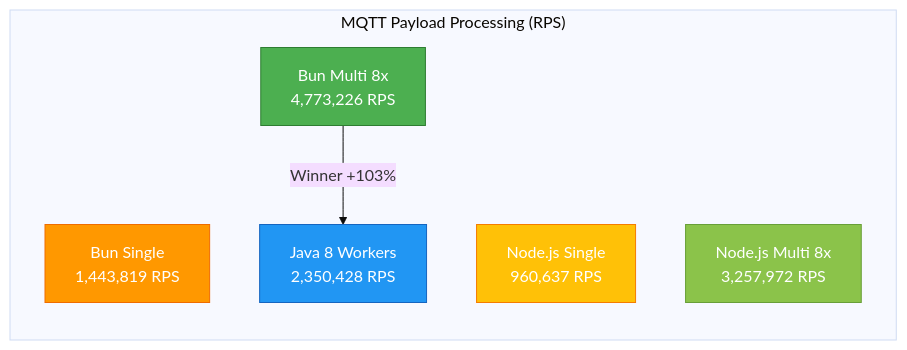
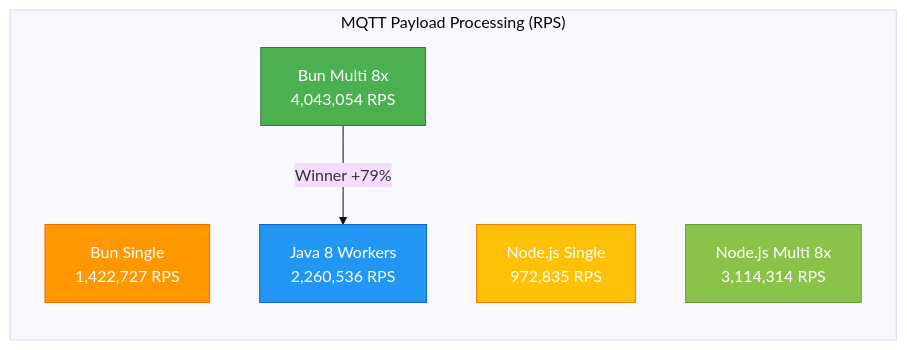
One commit to Frtrillo/benchmark-nodejs-java-process-mqtt-payloads changed the first of 5 diagrams in readme.md. Above: the diagram before and after it, drawn with Mermaid (base theme). The commit also changed other lines of this file and 3 other files, not shown here.

````diff
--- a/readme.md
+++ b/readme.md
@@ -149,18 +149,18 @@
 ```mermaid
 graph LR
     subgraph "MQTT Payload Processing (RPS)"
-        A[Bun Single<br/>1,443,819 RPS] 
-        B[Bun Multi 8x<br/>4,773,226 RPS]
-        C[Node.js Single<br/>960,637 RPS]
-        D[Node.js Multi 8x<br/>3,257,972 RPS]
-        E[Java 8 Workers<br/>2,350,428 RPS]
+        A[Bun Single<br/>1,422,727 RPS] 
+        B[Bun Multi 8x<br/>4,043,054 RPS]
+        C[Node.js Single<br/>972,835 RPS]
+        D[Node.js Multi 8x<br/>3,114,314 RPS]
+        E[Java 8 Workers<br/>2,260,536 RPS]
     end
     
-    B --> |Winner +103%| E
+    B --> |Winner +79%| E
     
     style B fill:#4CAF50,stroke:#2E7D32,color:#fff
     style D fill:#8BC34A,stroke:#689F38,color:#fff
     style E fill:#2196F3,stroke:#1565C0,color:#fff
     style A fill:#FF9800,stroke:#EF6C00,color:#fff
     style C fill:#FFC107,stroke:#F57C00,color:#fff
 ```
````
